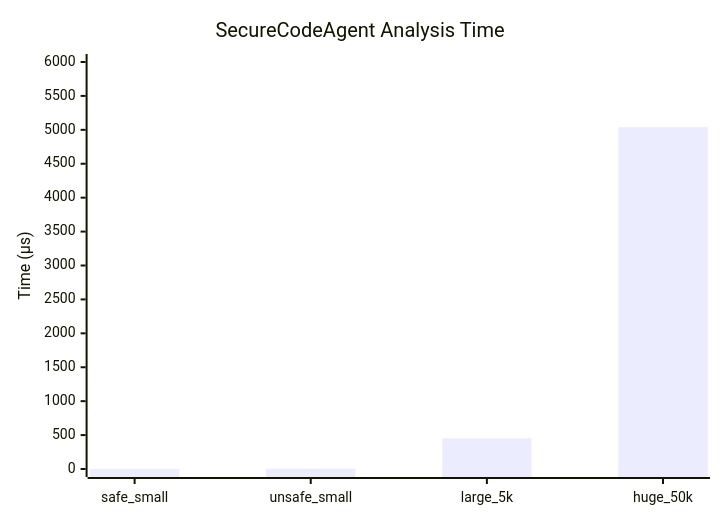
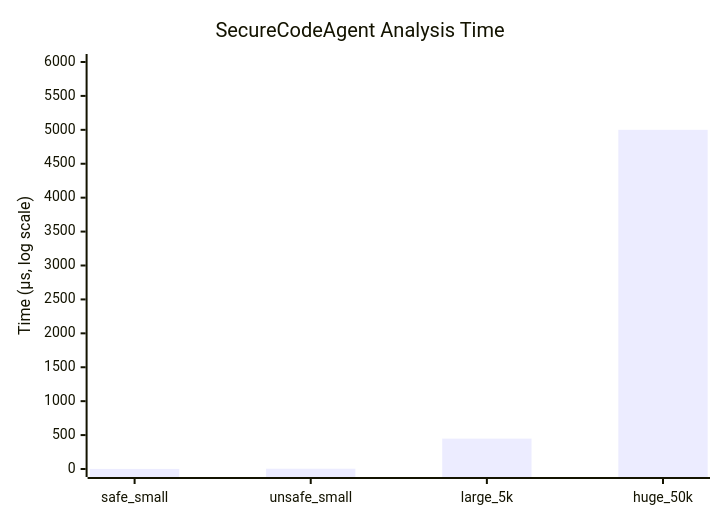
The third of 7 diagrams in docs/BENCHMARKS.MD (Rafned/Krait-Ecosystem), drawn with Mermaid before and after one commit. The commit also changed other lines of this file, not shown here.

````diff
--- a/docs/BENCHMARKS.MD
+++ b/docs/BENCHMARKS.MD
@@ -204,7 +160,7 @@
 ```mermaid
 xychart-beta
     title "SecureCodeAgent Analysis Time"
     x-axis ["safe_small", "unsafe_small", "large_5k", "huge_50k"]
-    y-axis "Time (µs)" 0 --> 6000
-    bar [1.39, 4.10, 453, 5040]
+    y-axis "Time (µs, log scale)" 0 --> 6000
+    bar [1.41, 4.17, 448, 5000]
 ```
````
